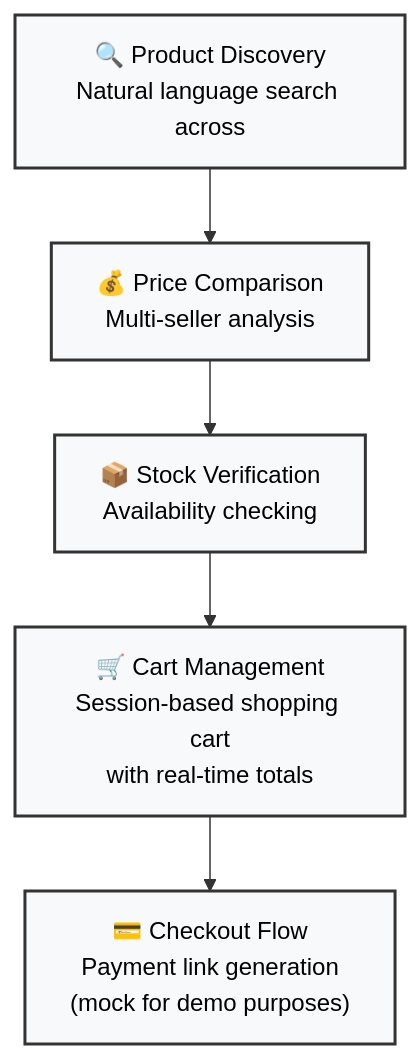
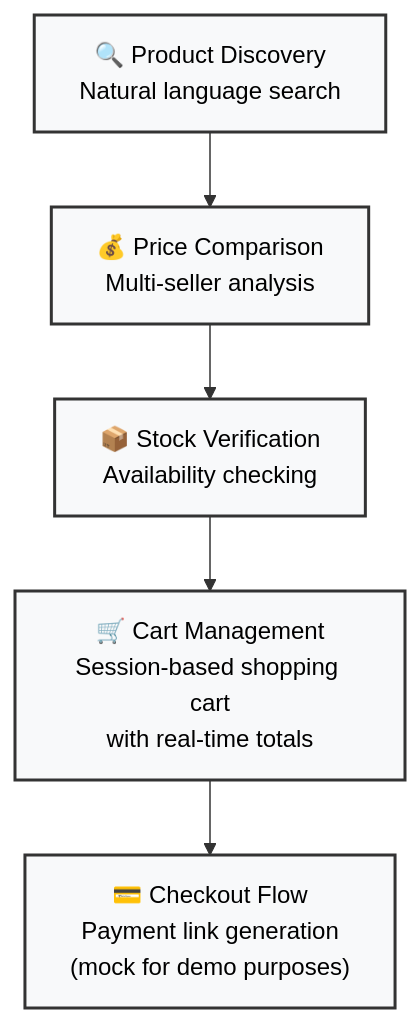
Before and after one commit to tamirblu/Zap-Assignment: the diagram in README.md, drawn with Mermaid.

Commit message:
- Modified payment link generation logic to clear the cart after a payment link is created, ensuring a clean state for subsequent transactions.

````diff
--- a/README.md
+++ b/README.md
@@ -17,17 +17,17 @@
 ```mermaid
 flowchart TD
-    A["🔍 Product Discovery<br/>Natural language search across"] --> B["💰 Price Comparison<br/>Multi-seller analysis"]
+    A["🔍 Product Discovery<br/>Natural language search"] --> B["💰 Price Comparison<br/>Multi-seller analysis"]
     
     B --> C["📦 Stock Verification<br/>Availability checking"]
 
     C --> D["🛒 Cart Management<br/>Session-based shopping cart<br/>with real-time totals"]
 
     D --> E["💳 Checkout Flow<br/>Payment link generation<br/>(mock for demo purposes)"]
     
         
     style A fill:#f8f9fa,stroke:#333,stroke-width:2px,color:#000
     style B fill:#f8f9fa,stroke:#333,stroke-width:2px,color:#000
     style C fill:#f8f9fa,stroke:#333,stroke-width:2px,color:#000
     style D fill:#f8f9fa,stroke:#333,stroke-width:2px,color:#000
     style E fill:#f8f9fa,stroke:#333,stroke-width:2px,color:#000
 ```
````
